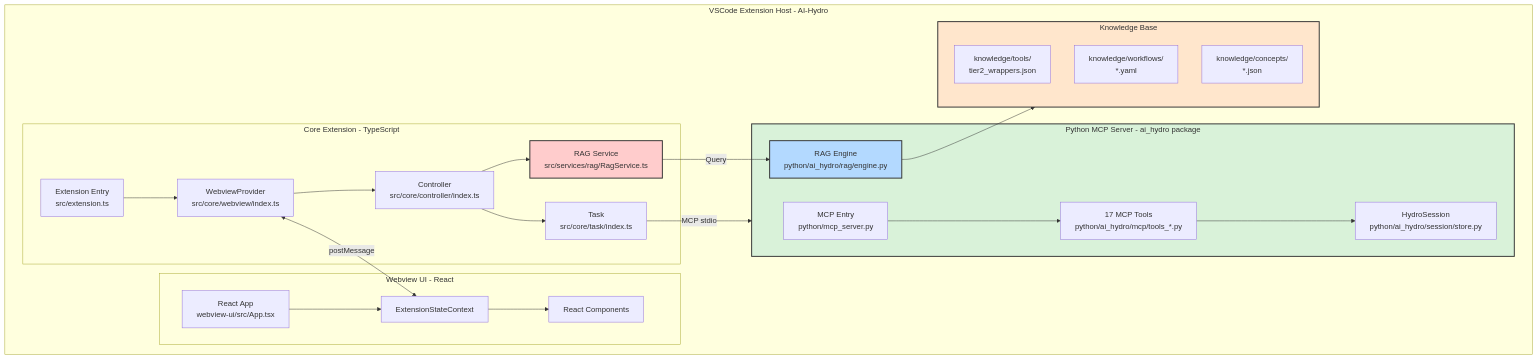
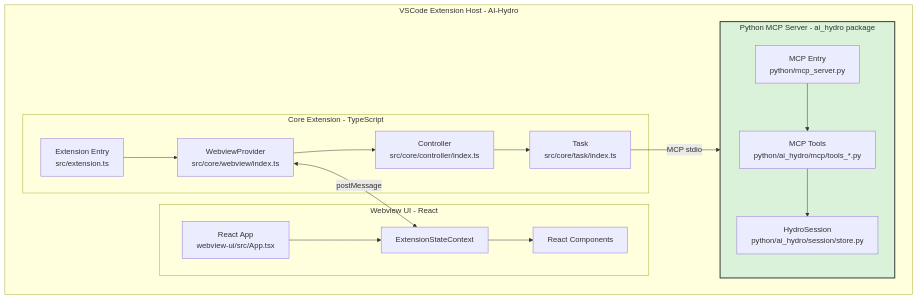
The diagram in .clinerules/AIHydro-overview.md (AI-Hydro/AI-Hydro), drawn with Mermaid before and after one commit. The commit also changed other lines of this file and 13 other files, not shown here.

First line of the commit message:
refactor: Remove RAG references, generalize tool counts

````diff
--- a/.clinerules/AIHydro-overview.md
+++ b/.clinerules/AIHydro-overview.md
@@ -9,52 +9,39 @@
 ```mermaid
 graph TB
     subgraph VSCodeExtensionHost[VSCode Extension Host - AI-Hydro]
         subgraph CoreExtension[Core Extension - TypeScript]
             ExtensionEntry[Extension Entry<br/>src/extension.ts]
             WebviewProvider[WebviewProvider<br/>src/core/webview/index.ts]
             Controller[Controller<br/>src/core/controller/index.ts]
             Task[Task<br/>src/core/task/index.ts]
-            RagService[RAG Service<br/>src/services/rag/RagService.ts]
         end
 
         subgraph WebviewUI[Webview UI - React]
             WebviewApp[React App<br/>webview-ui/src/App.tsx]
             ExtStateContext[ExtensionStateContext]
             ReactComponents[React Components]
         end
 
         subgraph PythonMCP[Python MCP Server - ai_hydro package]
             MCPServer[MCP Entry<br/>python/mcp_server.py]
-            MCPTools[17 MCP Tools<br/>python/ai_hydro/mcp/tools_*.py]
-            RAGEngine[RAG Engine<br/>python/ai_hydro/rag/engine.py]
+            MCPTools[MCP Tools<br/>python/ai_hydro/mcp/tools_*.py]
             HydroSession[HydroSession<br/>python/ai_hydro/session/store.py]
         end
 
-        subgraph KnowledgeBase[Knowledge Base]
-            ToolMetadata[knowledge/tools/<br/>tier2_wrappers.json]
-            WorkflowDefs[knowledge/workflows/<br/>*.yaml]
-            Concepts[knowledge/concepts/<br/>*.json]
-        end
     end
 
     %% Data Flow
     ExtensionEntry --> WebviewProvider
     WebviewProvider --> Controller
     Controller --> Task
-    Controller --> RagService
     Task --> |MCP stdio| PythonMCP
-    RagService --> |Query| RAGEngine
     MCPServer --> MCPTools
     MCPTools --> HydroSession
-    RAGEngine --> KnowledgeBase
 
     %% Webview Communication
     WebviewApp --> ExtStateContext
     ExtStateContext --> ReactComponents
     WebviewProvider <-->|postMessage| ExtStateContext
 
-    style RAGEngine fill:#b3d9ff,stroke:#333,stroke-width:2px
-    style KnowledgeBase fill:#ffe6cc,stroke:#333,stroke-width:2px
     style PythonMCP fill:#d9f2d9,stroke:#333,stroke-width:2px
-    style RagService fill:#ffcccc,stroke:#333,stroke-width:2px
 ```
````
